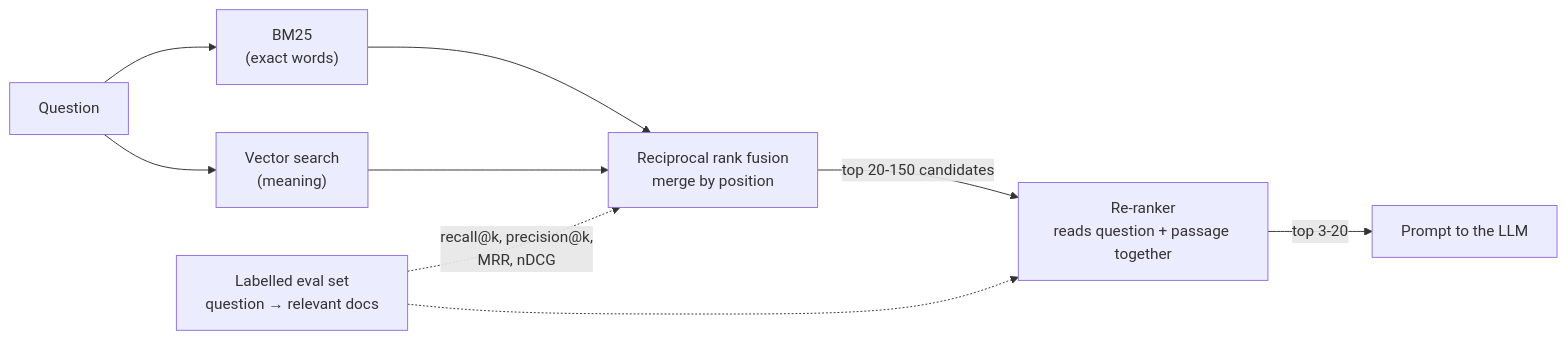
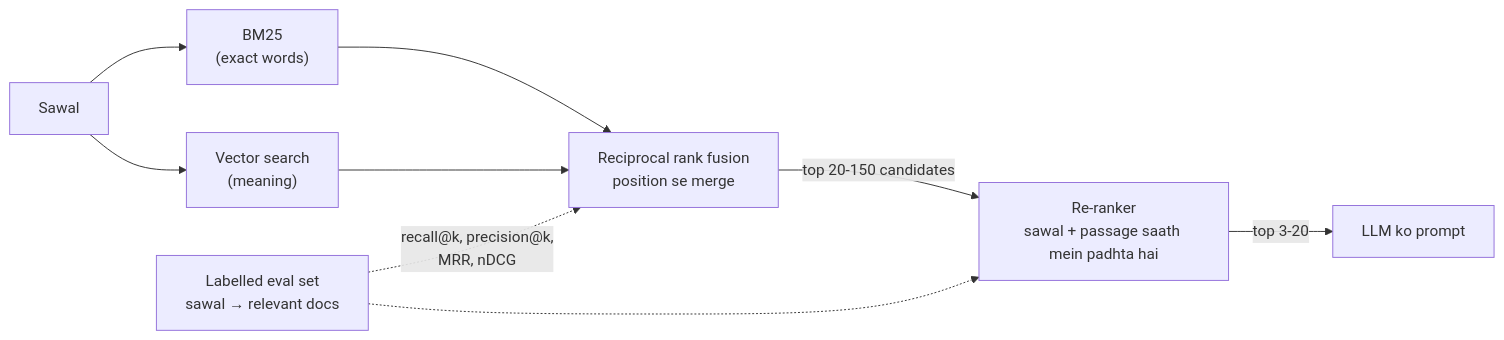
The diagram in docs/06-rag-for-agents/06.5-re-ranking-and-retrieval-evaluation.md (asmustechno/agentic-ai-notes), drawn with Mermaid before and after one commit. The commit also changed other lines of this file and 135 other files, not shown here.

````diff
--- a/docs/06-rag-for-agents/06.5-re-ranking-and-retrieval-evaluation.md
+++ b/docs/06-rag-for-agents/06.5-re-ranking-and-retrieval-evaluation.md
@@ -38,11 +42,11 @@
 ```mermaid
 flowchart LR
-    Q[Question] --> B["BM25<br/>(exact words)"]
+    Q[Sawal] --> B["BM25<br/>(exact words)"]
     Q --> V["Vector search<br/>(meaning)"]
-    B --> F["Reciprocal rank fusion<br/>merge by position"]
+    B --> F["Reciprocal rank fusion<br/>position se merge"]
     V --> F
-    F -->|"top 20-150 candidates"| R["Re-ranker<br/>reads question + passage together"]
-    R -->|"top 3-20"| P["Prompt to the LLM"]
-    E["Labelled eval set<br/>question → relevant docs"] -.->|"recall@k, precision@k,<br/>MRR, nDCG"| F
+    F -->|"top 20-150 candidates"| R["Re-ranker<br/>sawal + passage saath mein padhta hai"]
+    R -->|"top 3-20"| P["LLM ko prompt"]
+    E["Labelled eval set<br/>sawal → relevant docs"] -.->|"recall@k, precision@k,<br/>MRR, nDCG"| F
     E -.-> R
 ```
````
